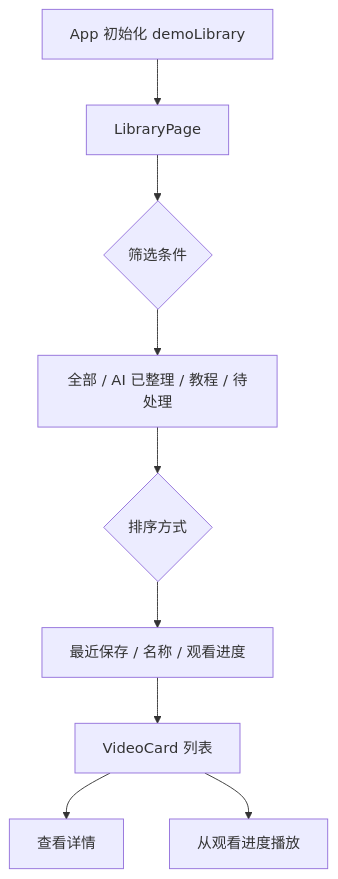
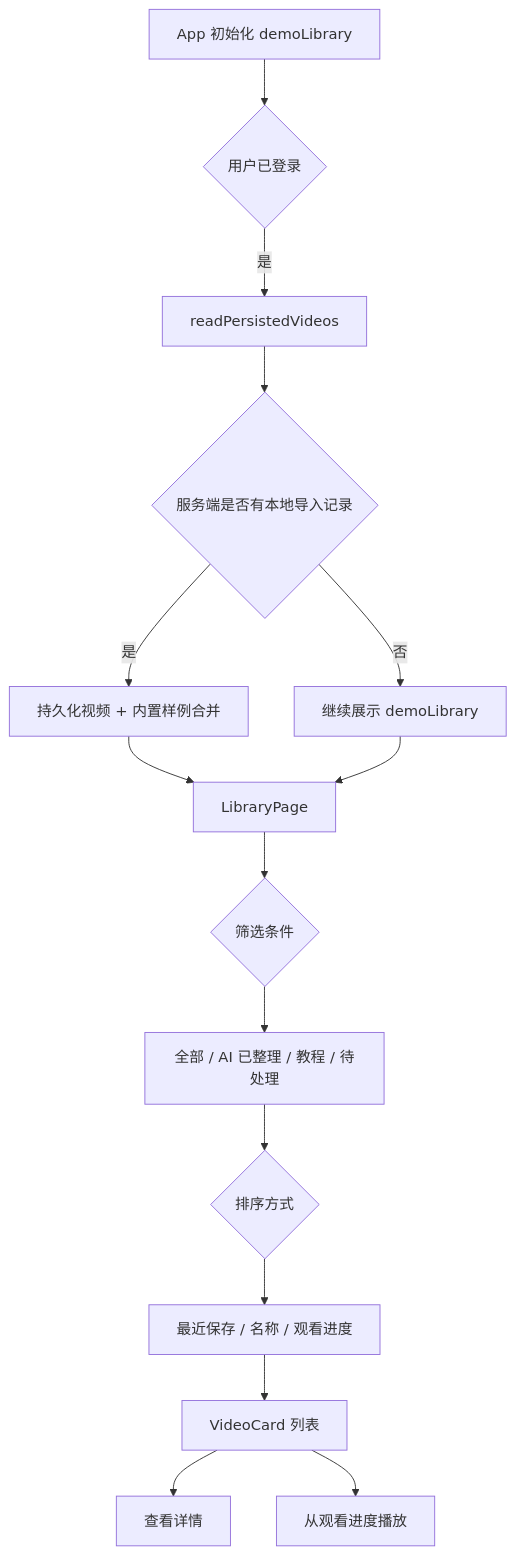
One commit to qwe605/xunlei_ai_video changed the fifth of 20 diagrams in docs/项目说明文档.md. Above: the diagram before and after it, drawn with Mermaid. The commit also changed other lines of this file and 22 other files, not shown here.

````diff
--- a/docs/项目说明文档.md
+++ b/docs/项目说明文档.md
@@ -417,11 +456,17 @@
 ```mermaid
 flowchart TD
-    A["App 初始化 demoLibrary"] --> B["LibraryPage"]
-    B --> C{"筛选条件"}
-    C --> D["全部 / AI 已整理 / 教程 / 待处理"]
-    D --> E{"排序方式"}
-    E --> F["最近保存 / 名称 / 观看进度"]
-    F --> G["VideoCard 列表"]
-    G --> H["查看详情"]
-    G --> I["从观看进度播放"]
+    A["App 初始化 demoLibrary"] --> B{"用户已登录"}
+    B -->|是| C["readPersistedVideos"]
+    C --> D{"服务端是否有本地导入记录"}
+    D -->|是| E["持久化视频 + 内置样例合并"]
+    D -->|否| F["继续展示 demoLibrary"]
+    E --> G["LibraryPage"]
+    F --> G
+    G --> H{"筛选条件"}
+    H --> I["全部 / AI 已整理 / 教程 / 待处理"]
+    I --> J{"排序方式"}
+    J --> K["最近保存 / 名称 / 观看进度"]
+    K --> L["VideoCard 列表"]
+    L --> M["查看详情"]
+    L --> N["从观看进度播放"]
 ```
````
